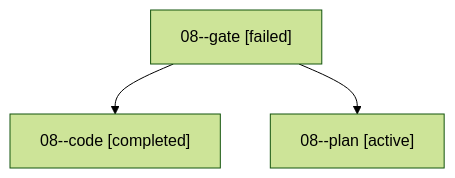
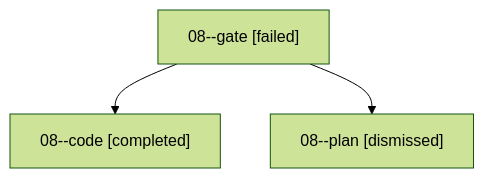
Before and after one commit to bobs-org/bob-cli--agents: the diagram in sessions/bbugyi200.apollo.08.md, drawn with Mermaid (forest theme). The commit also changed other lines of this file and 9 other files, not shown here.

````diff
--- a/sessions/bbugyi200.apollo.08.md
+++ b/sessions/bbugyi200.apollo.08.md
@@ -9,8 +9,8 @@
 ```mermaid
 flowchart TD
   n0["08--gate [failed]"]
   n1["08--code [completed]"]
   n0 --> n1
-  n2["08--plan [active]"]
+  n2["08--plan [dismissed]"]
   n0 --> n2
 ```
````
